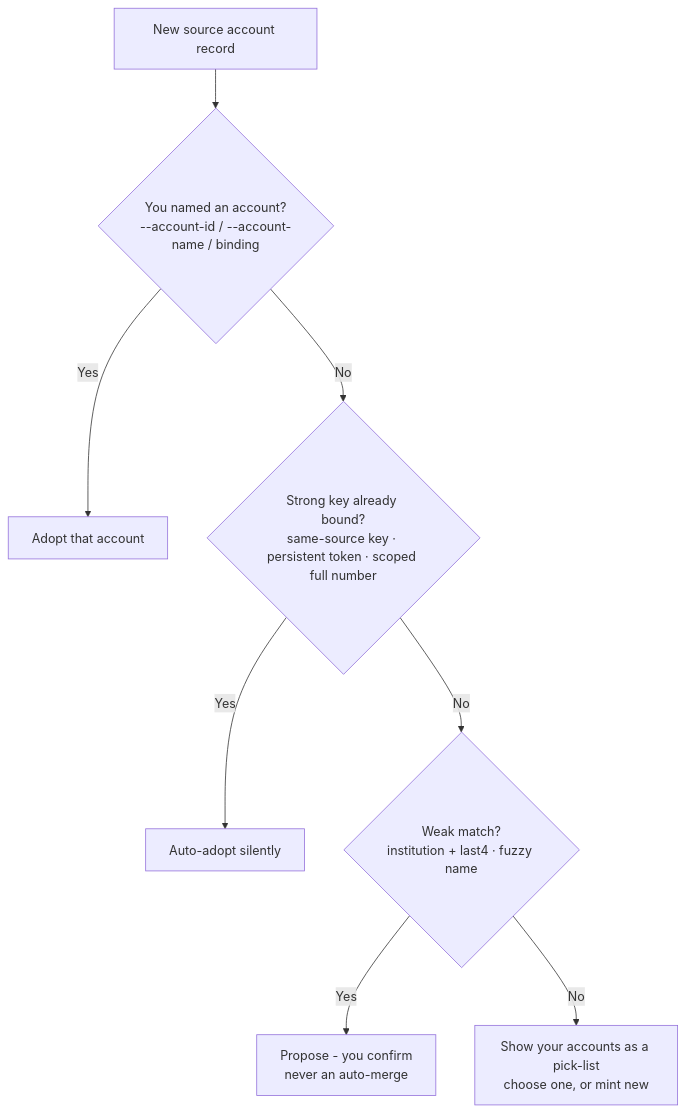
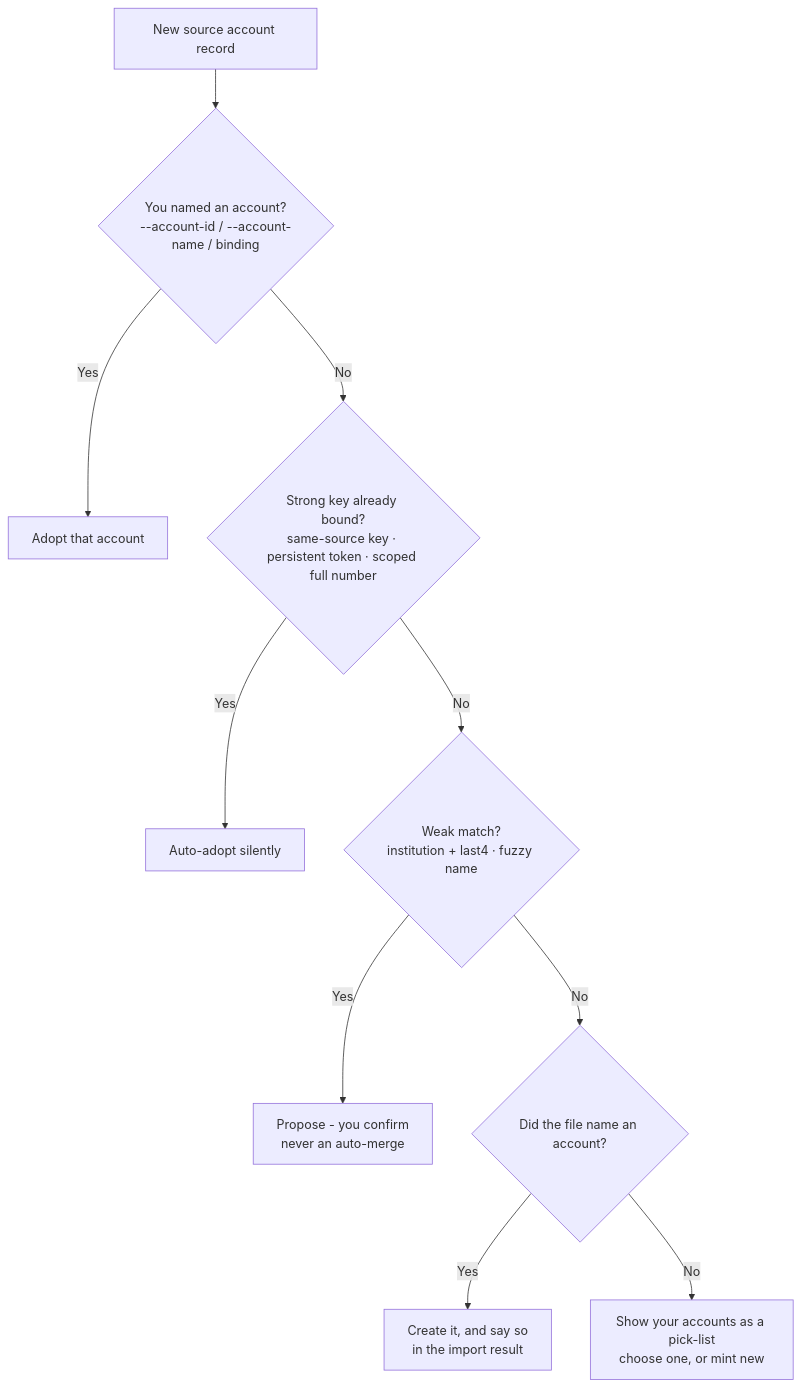
One commit to bsaffel/moneybin changed the diagram in docs/reference/account-matching.md. Above: the diagram before and after it, drawn with Mermaid. The commit also changed other lines of this file and 5 other files, not shown here.

````diff
--- a/docs/reference/account-matching.md
+++ b/docs/reference/account-matching.md
@@ -34,10 +34,12 @@
 ```mermaid
 flowchart TD
     A[New source account record] --> B{You named an account?<br/>--account-id / --account-name / binding}
     B -->|Yes| ADOPT[Adopt that account]
     B -->|No| C{Strong key already bound?<br/>same-source key · persistent token · scoped full number}
     C -->|Yes| AUTO[Auto-adopt silently]
     C -->|No| D{Weak match?<br/>institution + last4 · fuzzy name}
     D -->|Yes| REVIEW[Propose - you confirm<br/>never an auto-merge]
-    D -->|No| E[Show your accounts as a pick-list<br/>choose one, or mint new]
+    D -->|No| F{Did the file name an account?}
+    F -->|Yes| MINT[Create it, and say so<br/>in the import result]
+    F -->|No| E[Show your accounts as a pick-list<br/>choose one, or mint new]
 ```
````
